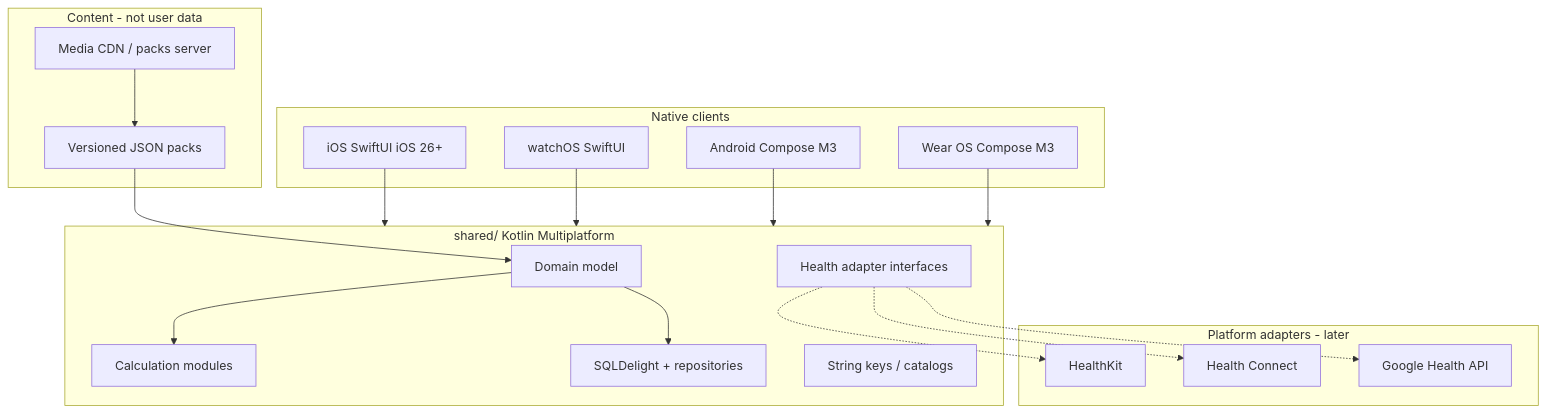
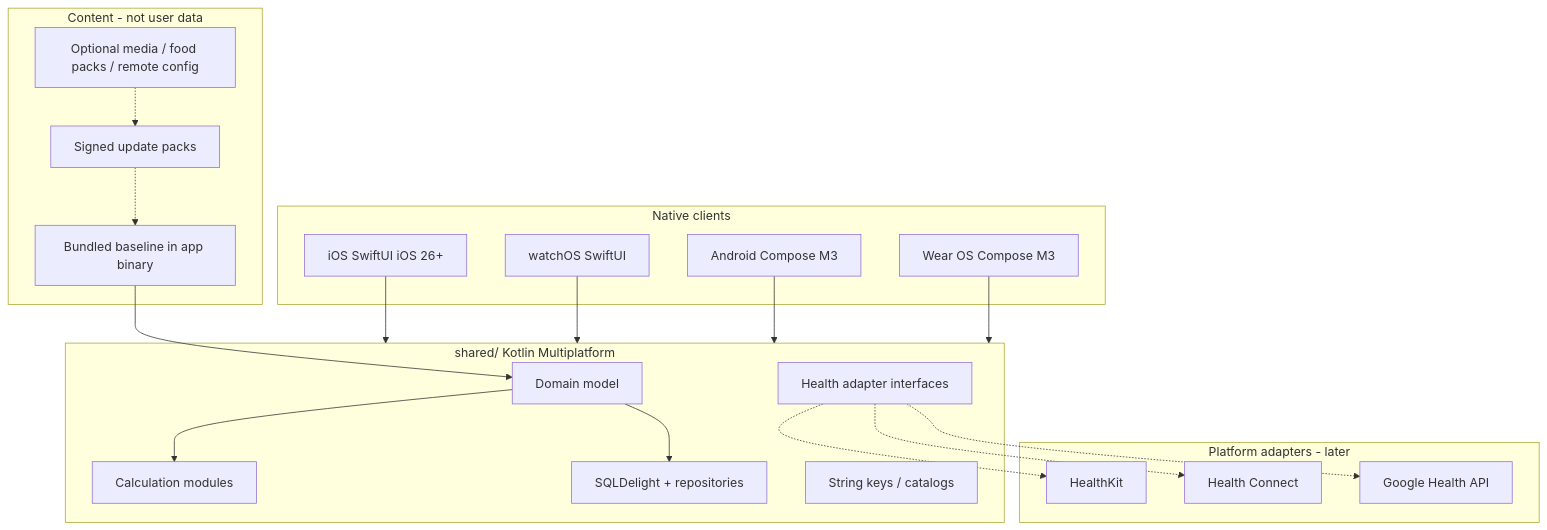
The diagram in ARCHITECTURE.md (Ihor-Meat-Proxy/OmniGart), drawn with Mermaid before and after one commit. The commit also changed other lines of this file and 239 other files, not shown here.

````diff
--- a/ARCHITECTURE.md
+++ b/ARCHITECTURE.md
@@ -7,40 +7,42 @@
 ```mermaid
 flowchart TB
   subgraph clients [Native clients]
     iOS[iOS SwiftUI iOS 26+]
     watchOS[watchOS SwiftUI]
     Android[Android Compose M3]
     Wear[Wear OS Compose M3]
   end
 
   subgraph kmp [shared/ Kotlin Multiplatform]
     Domain[Domain model]
     Calc[Calculation modules]
     Data[SQLDelight + repositories]
     I18n[String keys / catalogs]
     HealthIF[Health adapter interfaces]
   end
 
   subgraph platform [Platform adapters - later]
     HK[HealthKit]
     HC[Health Connect]
     GHA[Google Health API]
   end
 
   subgraph content [Content - not user data]
-    Packs[Versioned JSON packs]
-    Media[Media CDN / packs server]
+    Bundle[Bundled baseline in app binary]
+    Update[Signed update packs]
+    Media[Optional media / food packs / remote config]
   end
 
   iOS --> kmp
   watchOS --> kmp
   Android --> kmp
   Wear --> kmp
   Domain --> Calc
   Domain --> Data
   HealthIF -.-> HK
   HealthIF -.-> HC
   HealthIF -.-> GHA
-  Packs --> Domain
-  Media --> Packs
+  Bundle --> Domain
+  Update -.-> Bundle
+  Media -.-> Update
 ```
````
